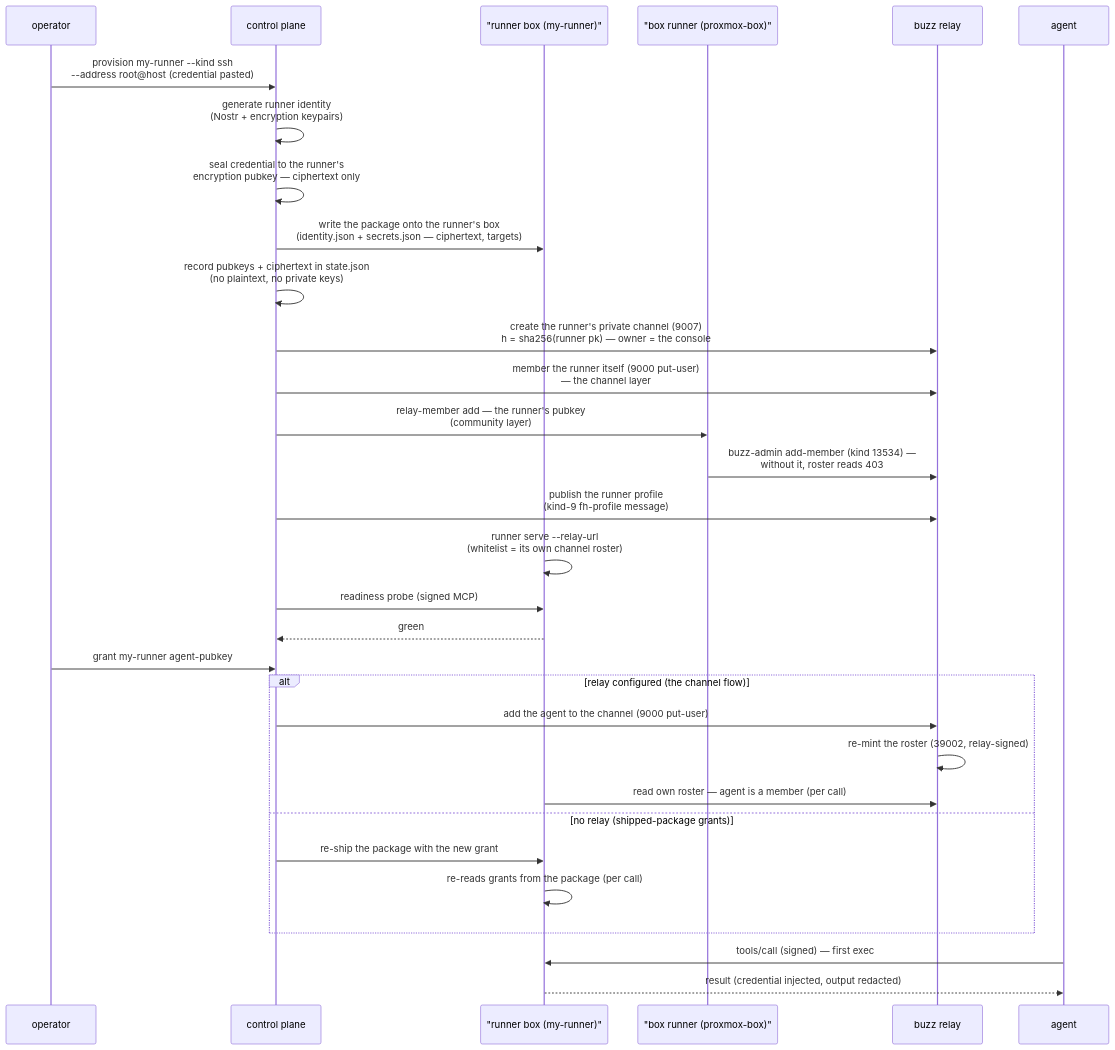
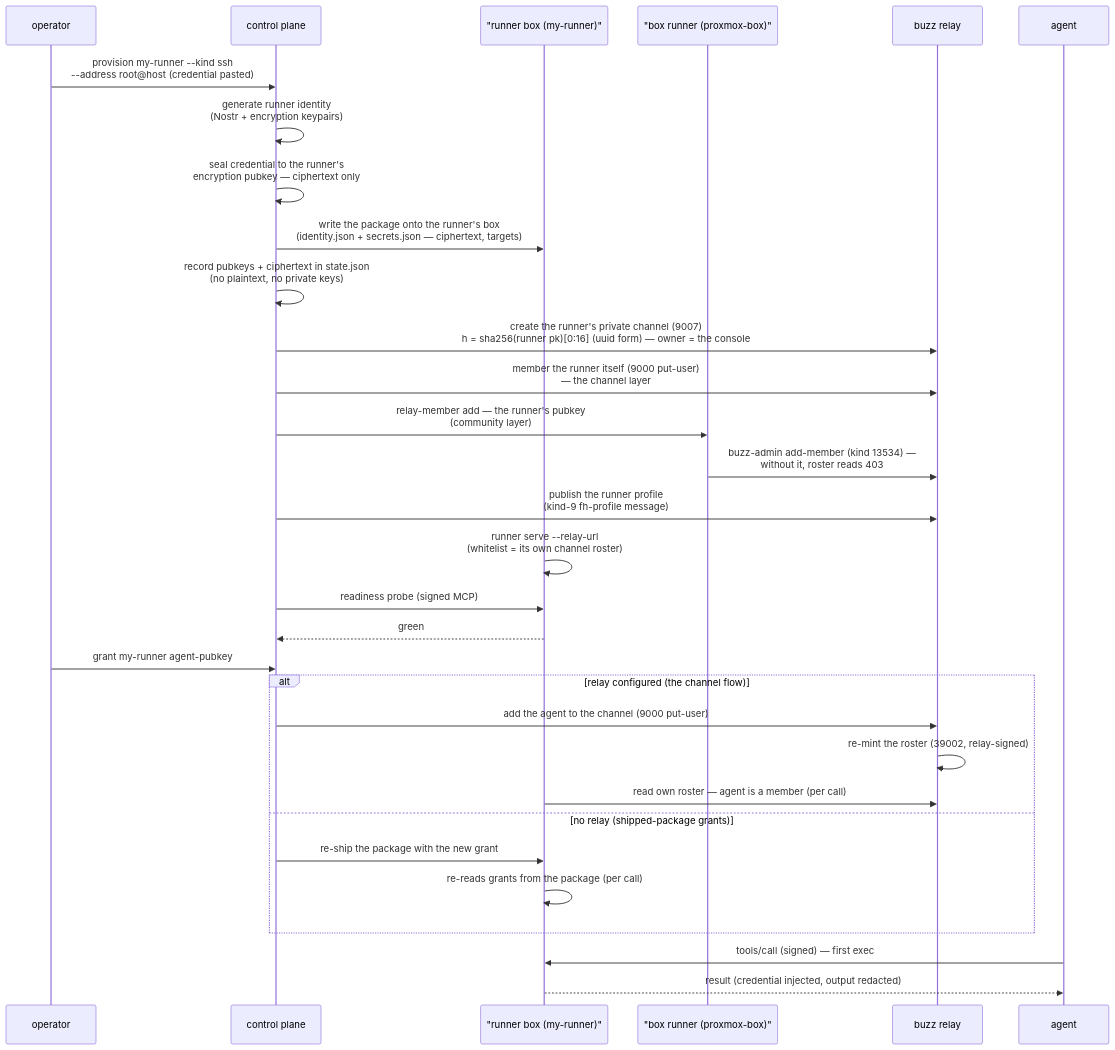
Before and after one commit to darcy/freehold: the second of 3 diagrams in README.md, drawn with Mermaid. The commit also changed other lines of this file and 1 other file, not shown here.

Commit message:
README: current-state pass — 177 tests, console-client crate, TUI three-view dashboard + scoped keys, operator_identity/nsec-persist in the config example, current LXC coords, --operator-pubkey wording, wizard portal note, diagram h precision; TUI --help mirrors the views/keys (#117)

````diff
--- a/README.md
+++ b/README.md
@@ -381,34 +402,34 @@
 ```mermaid
 sequenceDiagram
     participant OP as operator
     participant CP as control plane
     participant RUN as "runner box (my-runner)"
     participant BR as "box runner (proxmox-box)"
     participant REL as buzz relay
     participant AG as agent
 
     OP->>CP: provision my-runner --kind ssh<br/>--address root@host (credential pasted)
     CP->>CP: generate runner identity<br/>(Nostr + encryption keypairs)
     CP->>CP: seal credential to the runner's<br/>encryption pubkey — ciphertext only
     CP->>RUN: write the package onto the runner's box<br/>(identity.json + secrets.json — ciphertext, targets)
     CP->>CP: record pubkeys + ciphertext in state.json<br/>(no plaintext, no private keys)
-    CP->>REL: create the runner's private channel (9007)<br/>h = sha256(runner pk) — owner = the console
+    CP->>REL: create the runner's private channel (9007)<br/>h = sha256(runner pk)[0:16] (uuid form) — owner = the console
     CP->>REL: member the runner itself (9000 put-user)<br/>— the channel layer
     CP->>BR: relay-member add — the runner's pubkey<br/>(community layer)
     BR->>REL: buzz-admin add-member (kind 13534) —<br/>without it, roster reads 403
     CP->>REL: publish the runner profile<br/>(kind-9 fh-profile message)
     RUN->>RUN: runner serve --relay-url<br/>(whitelist = its own channel roster)
     CP->>RUN: readiness probe (signed MCP)
     RUN-->>CP: green
     OP->>CP: grant my-runner agent-pubkey
     alt relay configured (the channel flow)
         CP->>REL: add the agent to the channel (9000 put-user)
         REL->>REL: re-mint the roster (39002, relay-signed)
         RUN->>REL: read own roster — agent is a member (per call)
     else no relay (shipped-package grants)
         CP->>RUN: re-ship the package with the new grant
         RUN->>RUN: re-reads grants from the package (per call)
     end
     AG->>RUN: tools/call (signed) — first exec
     RUN-->>AG: result (credential injected, output redacted)
 ```
````
